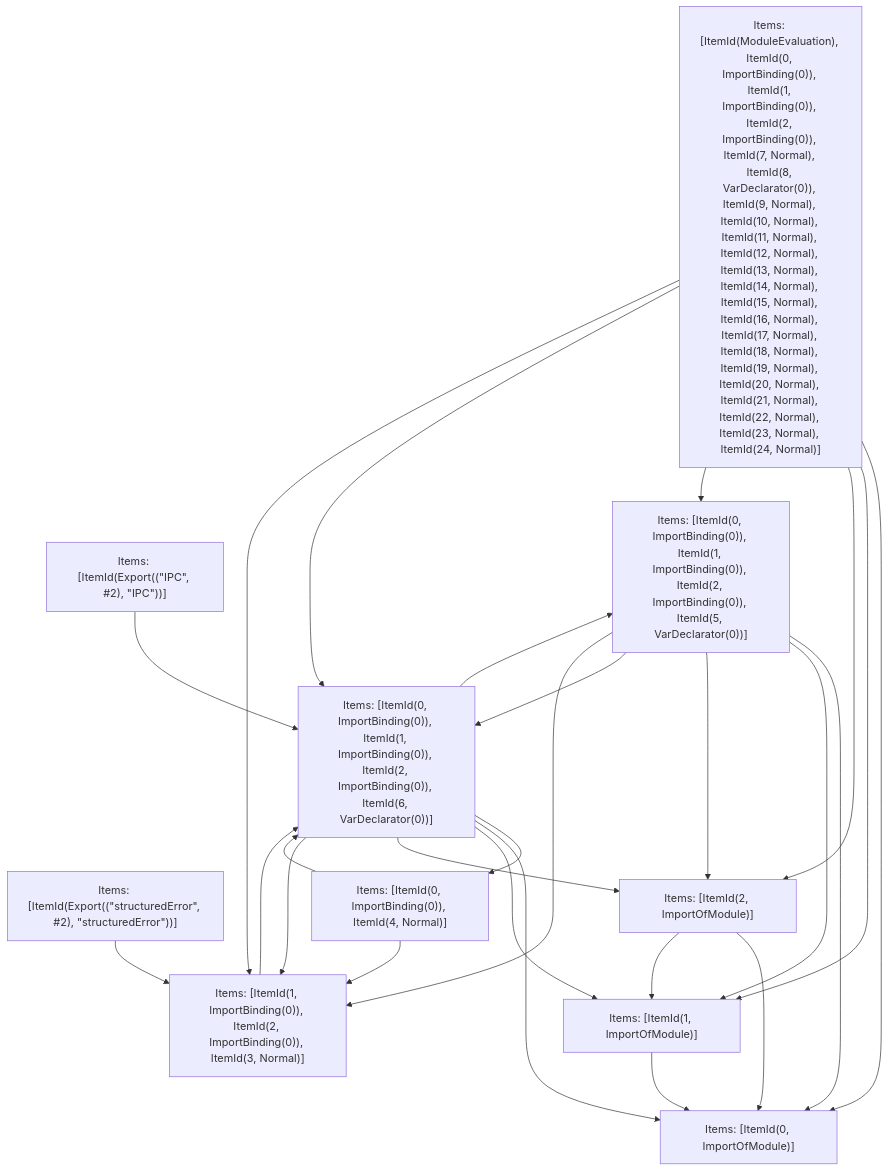
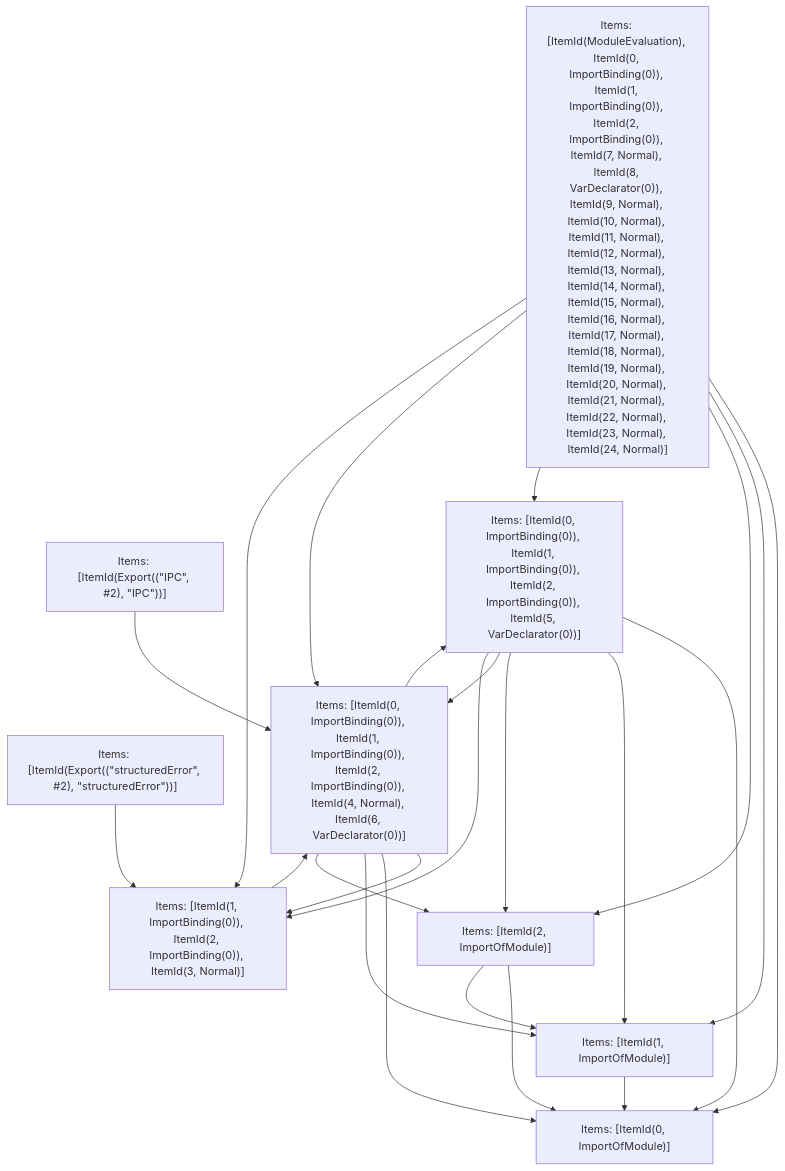
One commit to vercel/turborepo changed the fifth of 5 diagrams in crates/turbopack-ecmascript/tests/tree-shaker/analyzer/ipc-index/output.md. Above: the diagram before and after it, drawn with Mermaid. The commit also changed other lines of this file and 38 other files, not shown here.

````diff
--- a/crates/turbopack-ecmascript/tests/tree-shaker/analyzer/ipc-index/output.md
+++ b/crates/turbopack-ecmascript/tests/tree-shaker/analyzer/ipc-index/output.md
@@ -1600,38 +1600,34 @@
 ```mermaid
 graph TD
     N0["Items: [ItemId(ModuleEvaluation), ItemId(0, ImportBinding(0)), ItemId(1, ImportBinding(0)), ItemId(2, ImportBinding(0)), ItemId(7, Normal), ItemId(8, VarDeclarator(0)), ItemId(9, Normal), ItemId(10, Normal), ItemId(11, Normal), ItemId(12, Normal), ItemId(13, Normal), ItemId(14, Normal), ItemId(15, Normal), ItemId(16, Normal), ItemId(17, Normal), ItemId(18, Normal), ItemId(19, Normal), ItemId(20, Normal), ItemId(21, Normal), ItemId(22, Normal), ItemId(23, Normal), ItemId(24, Normal)]"];
     N1["Items: [ItemId(Export((&quot;structuredError&quot;, #2), &quot;structuredError&quot;))]"];
     N2["Items: [ItemId(Export((&quot;IPC&quot;, #2), &quot;IPC&quot;))]"];
     N3["Items: [ItemId(0, ImportOfModule)]"];
     N4["Items: [ItemId(1, ImportOfModule)]"];
     N5["Items: [ItemId(2, ImportOfModule)]"];
     N6["Items: [ItemId(1, ImportBinding(0)), ItemId(2, ImportBinding(0)), ItemId(3, Normal)]"];
-    N7["Items: [ItemId(0, ImportBinding(0)), ItemId(4, Normal)]"];
-    N8["Items: [ItemId(0, ImportBinding(0)), ItemId(1, ImportBinding(0)), ItemId(2, ImportBinding(0)), ItemId(5, VarDeclarator(0))]"];
-    N9["Items: [ItemId(0, ImportBinding(0)), ItemId(1, ImportBinding(0)), ItemId(2, ImportBinding(0)), ItemId(6, VarDeclarator(0))]"];
+    N7["Items: [ItemId(0, ImportBinding(0)), ItemId(1, ImportBinding(0)), ItemId(2, ImportBinding(0)), ItemId(5, VarDeclarator(0))]"];
+    N8["Items: [ItemId(0, ImportBinding(0)), ItemId(1, ImportBinding(0)), ItemId(2, ImportBinding(0)), ItemId(4, Normal), ItemId(6, VarDeclarator(0))]"];
     N0 --> N3;
     N0 --> N4;
     N0 --> N5;
+    N0 --> N7;
     N0 --> N8;
-    N0 --> N9;
     N0 --> N6;
     N1 --> N6;
-    N2 --> N9;
+    N2 --> N8;
     N4 --> N3;
     N5 --> N3;
     N5 --> N4;
-    N6 --> N9;
-    N7 --> N9;
+    N6 --> N8;
+    N7 --> N3;
+    N7 --> N4;
+    N7 --> N5;
+    N7 --> N8;
     N7 --> N6;
+    N8 --> N6;
+    N8 --> N7;
     N8 --> N3;
     N8 --> N4;
     N8 --> N5;
-    N8 --> N9;
-    N8 --> N6;
-    N9 --> N7;
-    N9 --> N8;
-    N9 --> N3;
-    N9 --> N4;
-    N9 --> N5;
-    N9 --> N6;
 ```
````
